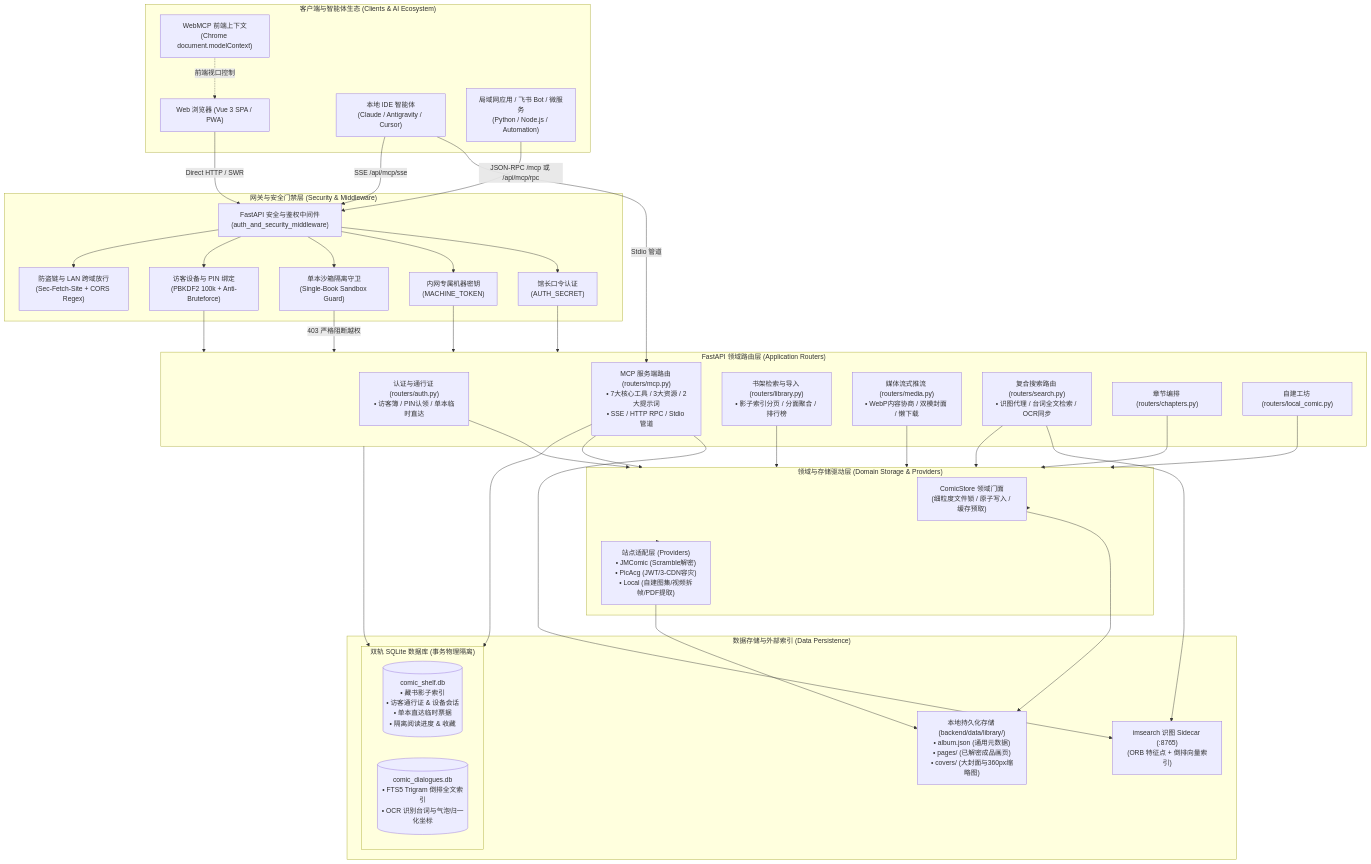
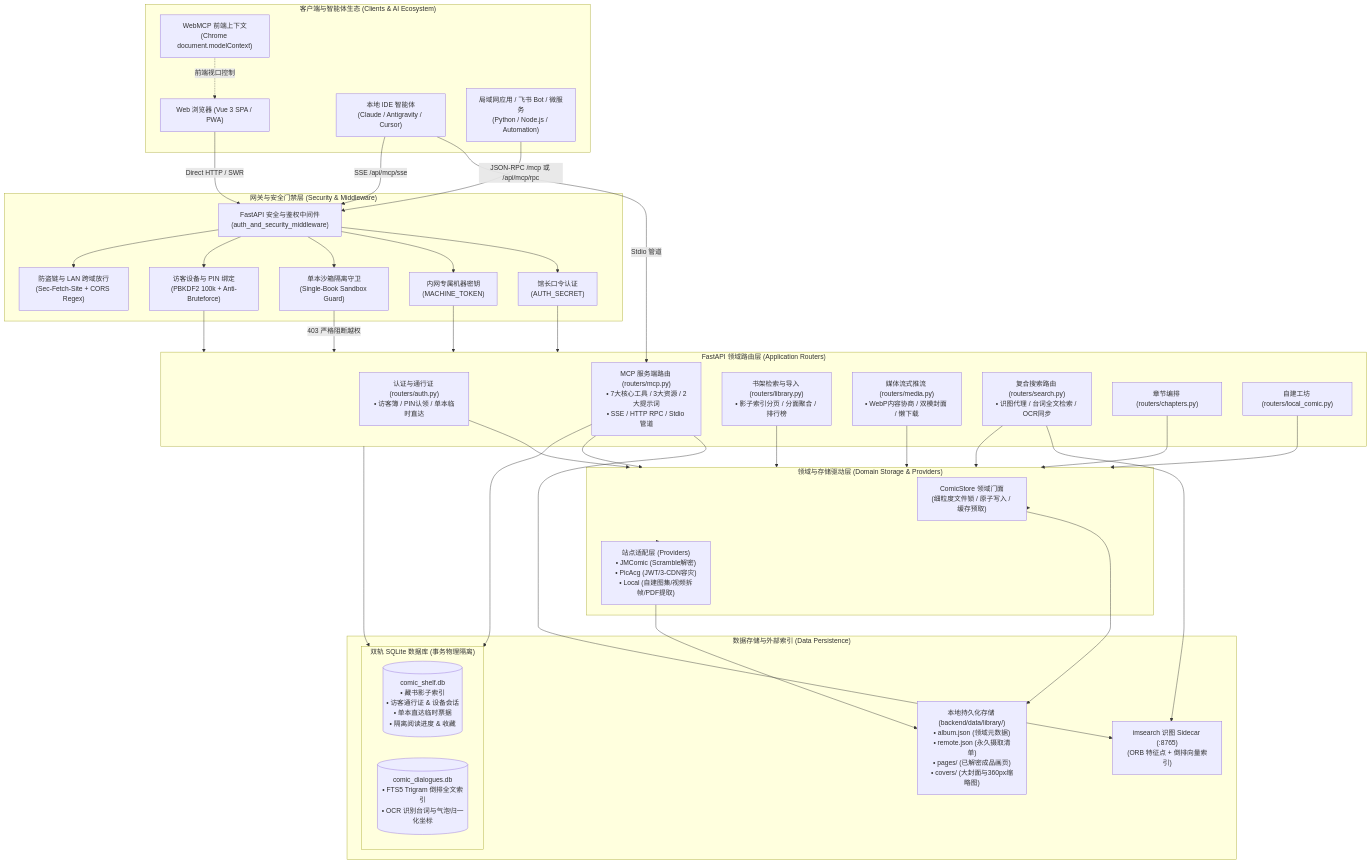
One commit to lhvision/comic-shelf changed the diagram in docs/agents/architecture.md. Above: the diagram before and after it, drawn with Mermaid. The commit also changed other lines of this file and 2 other files, not shown here.

First line of the commit message:
docs: 确立 remote.json 为永久摄取清单，明确整库 data 归档迁移不变量

````diff
--- a/docs/agents/architecture.md
+++ b/docs/agents/architecture.md
@@ -30,77 +30,77 @@
 ```mermaid
 flowchart TD
     subgraph Clients["客户端与智能体生态 (Clients & AI Ecosystem)"]
         WebUI["Web 浏览器 (Vue 3 SPA / PWA)"]
         WebMCP["WebMCP 前端上下文<br/>(Chrome document.modelContext)"]
         LocalAgent["本地 IDE 智能体<br/>(Claude / Antigravity / Cursor)"]
         LanBots["局域网应用 / 飞书 Bot / 微服务<br/>(Python / Node.js / Automation)"]
     end
 
     subgraph Gateway["网关与安全门禁层 (Security & Middleware)"]
         AuthMiddleware["FastAPI 安全与鉴权中间件<br/>(auth_and_security_middleware)"]
         CuratorAuth["馆长口令认证<br/>(AUTH_SECRET)"]
         MachineAuth["内网专属机器密钥<br/>(MACHINE_TOKEN)"]
         SandboxGuard["单本沙箱隔离守卫<br/>(Single-Book Sandbox Guard)"]
         GuestDevice["访客设备与 PIN 绑定<br/>(PBKDF2 100k + Anti-Bruteforce)"]
         Hotlink["防盗链与 LAN 跨域放行<br/>(Sec-Fetch-Site + CORS Regex)"]
     end
 
     subgraph AppLayer["FastAPI 领域路由层 (Application Routers)"]
         MCPServer["MCP 服务端路由 (routers/mcp.py)<br/>• 7大核心工具 / 3大资源 / 2大提示词<br/>• SSE / HTTP RPC / Stdio 管道"]
         AuthRouter["认证与通行证 (routers/auth.py)<br/>• 访客簿 / PIN认领 / 单本临时直达"]
         LibraryRouter["书架检索与导入 (routers/library.py)<br/>• 影子索引分页 / 分面聚合 / 排行榜"]
         MediaRouter["媒体流式推流 (routers/media.py)<br/>• WebP内容协商 / 双模封面 / 懒下载"]
         SearchRouter["复合搜索路由 (routers/search.py)<br/>• 识图代理 / 台词全文检索 / OCR同步"]
         ChaptersRouter["章节编排 (routers/chapters.py)"]
         LocalRouter["自建工坊 (routers/local_comic.py)"]
     end
 
     subgraph Domain["领域与存储驱动层 (Domain Storage & Providers)"]
         ComicStore["ComicStore 领域门面<br/>(细粒度文件锁 / 原子写入 / 缓存预取)"]
         Providers["站点适配层 (Providers)<br/>• JMComic (Scramble解密)<br/>• PicAcg (JWT/3-CDN容灾)<br/>• Local (自建图集/视频拆帧/PDF提取)"]
     end
 
     subgraph Storage["数据存储与外部索引 (Data Persistence)"]
         subgraph Databases["双轨 SQLite 数据库 (事务物理隔离)"]
             MainDB[("comic_shelf.db<br/>• 藏书影子索引<br/>• 访客通行证 & 设备会话<br/>• 单本直达临时票据<br/>• 隔离阅读进度 & 收藏")]
             DiagDB[("comic_dialogues.db<br/>• FTS5 Trigram 倒排全文索引<br/>• OCR 识别台词与气泡归一化坐标")]
         end
         ImsearchSidecar["imsearch 识图 Sidecar (:8765)<br/>(ORB 特征点 + 倒排向量索引)"]
-        DataDir["本地持久化存储 (backend/data/library/)<br/>• album.json (通用元数据)<br/>• pages/ (已解密成品画页)<br/>• covers/ (大封面与360px缩略图)"]
+        DataDir["本地持久化存储 (backend/data/library/)<br/>• album.json (领域元数据)<br/>• remote.json (永久摄取清单)<br/>• pages/ (已解密成品画页)<br/>• covers/ (大封面与360px缩略图)"]
     end
 
     WebUI -->|Direct HTTP / SWR| AuthMiddleware
     WebMCP -.->|前端视口控制| WebUI
     LocalAgent -->|Stdio 管道| MCPServer
     LocalAgent -->|SSE /api/mcp/sse| AuthMiddleware
     LanBots -->|JSON-RPC /mcp 或 /api/mcp/rpc| AuthMiddleware
 
     AuthMiddleware --> CuratorAuth
     AuthMiddleware --> MachineAuth
     AuthMiddleware --> SandboxGuard
     AuthMiddleware --> GuestDevice
     AuthMiddleware --> Hotlink
 
     CuratorAuth --> AppLayer
     MachineAuth --> AppLayer
     SandboxGuard -->|403 严格阻断越权| AppLayer
     GuestDevice --> AppLayer
 
     MCPServer --> Domain
     AuthRouter --> Domain
     LibraryRouter --> Domain
     MediaRouter --> Domain
     SearchRouter --> Domain
     ChaptersRouter --> Domain
     LocalRouter --> Domain
 
     Domain --> ComicStore
     Domain --> Providers
     Providers --> DataDir
     ComicStore --> DataDir
 
     AppLayer --> Databases
     SearchRouter --> ImsearchSidecar
     MCPServer --> Databases
     MCPServer --> ImsearchSidecar
 ```
````
